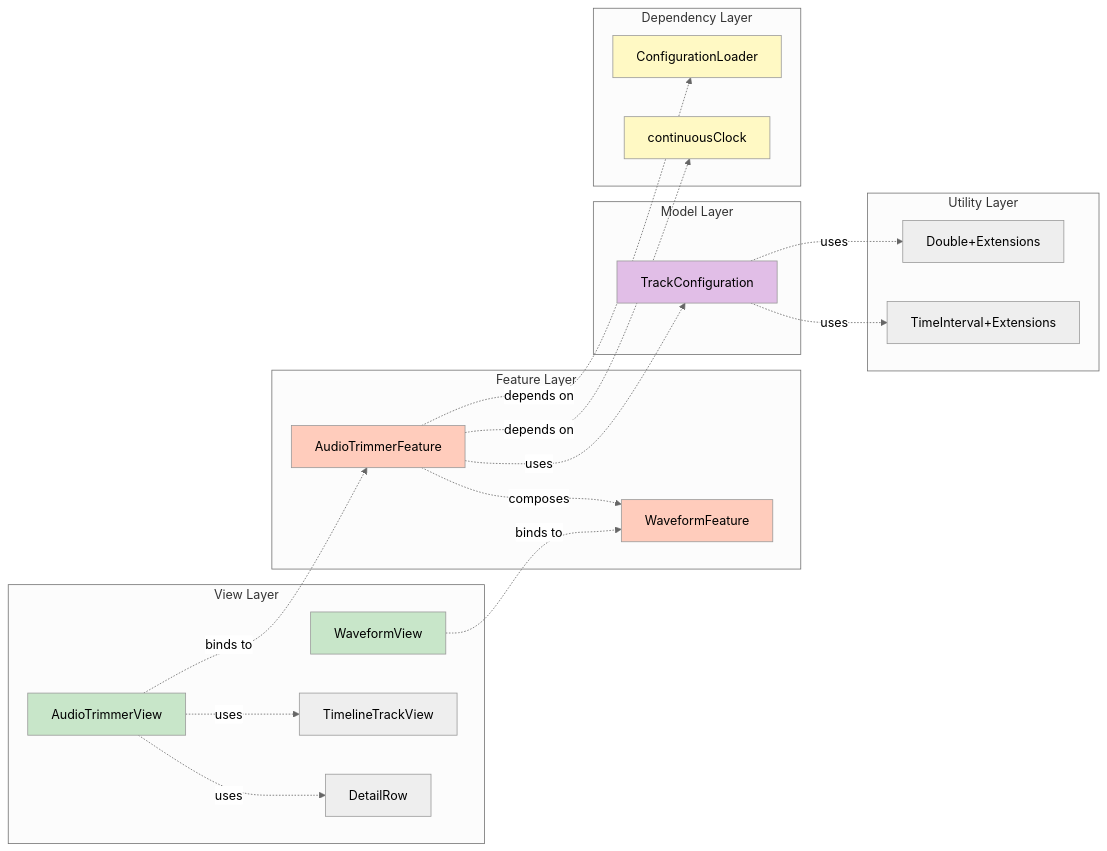
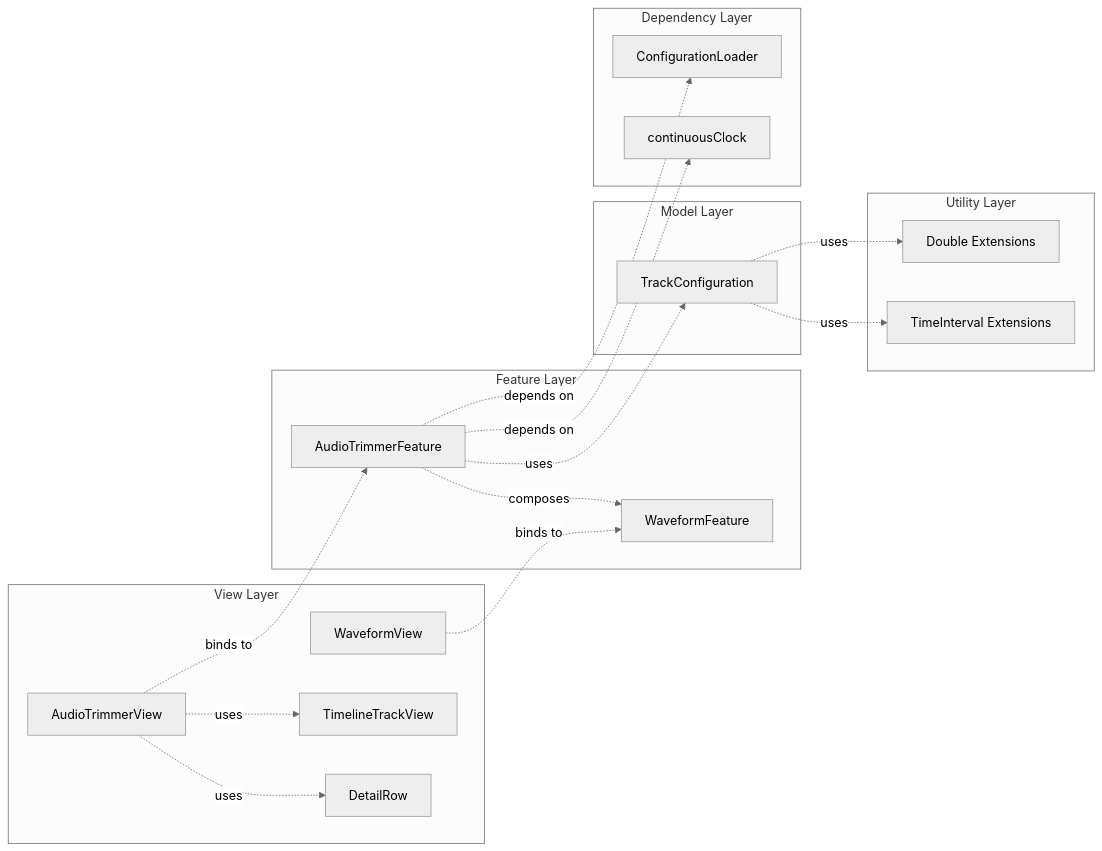
One commit to justbug/Audio-Trimmer changed the second of 2 diagrams in README.md. Above: the diagram before and after it, drawn with Mermaid (neutral theme). The commit also changed other lines of this file, not shown here.

Commit message:
refactor: update README.md to improve clarity and consistency in dependency and feature layer diagrams, enhancing overall documentation quality

````diff
--- a/README.md
+++ b/README.md
@@ -115,49 +106,41 @@
 ```mermaid
 graph LR
-    subgraph "View Layer"
+    subgraph ViewLayer["View Layer"]
         AV[AudioTrimmerView]
         WV[WaveformView]
         TTV[TimelineTrackView]
         DR[DetailRow]
     end
     
-    subgraph "Feature Layer"
+    subgraph FeatureLayer["Feature Layer"]
         ATF[AudioTrimmerFeature]
         WF[WaveformFeature]
     end
     
-    subgraph "Model Layer"
+    subgraph ModelLayer["Model Layer"]
         TC[TrackConfiguration]
     end
     
-    subgraph "Utility Layer"
-        DE[Double+Extensions]
-        TIE[TimeInterval+Extensions]
+    subgraph UtilityLayer["Utility Layer"]
+        DE["Double Extensions"]
+        TIE["TimeInterval Extensions"]
     end
     
-    subgraph "Dependency Layer"
+    subgraph DependencyLayer["Dependency Layer"]
         CL[ConfigurationLoader]
         CC[continuousClock]
     end
     
     AV -.->|binds to| ATF
     AV -.->|uses| TTV
     AV -.->|uses| DR
     WV -.->|binds to| WF
     
     ATF -.->|composes| WF
     ATF -.->|uses| TC
     ATF -.->|depends on| CL
     ATF -.->|depends on| CC
     
     TC -.->|uses| DE
     TC -.->|uses| TIE
-    
-    style AV fill:#c8e6c9
-    style WV fill:#c8e6c9
-    style ATF fill:#ffccbc
-    style WF fill:#ffccbc
-    style TC fill:#e1bee7
-    style CL fill:#fff9c4
-    style CC fill:#fff9c4
 ```
````
